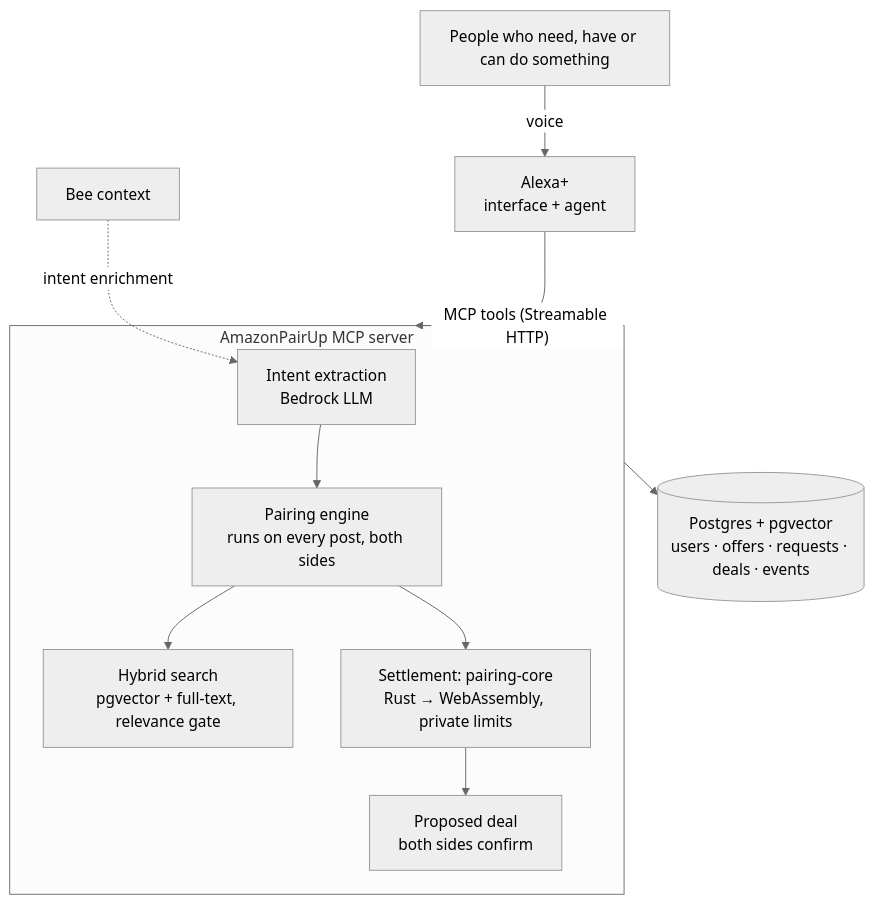
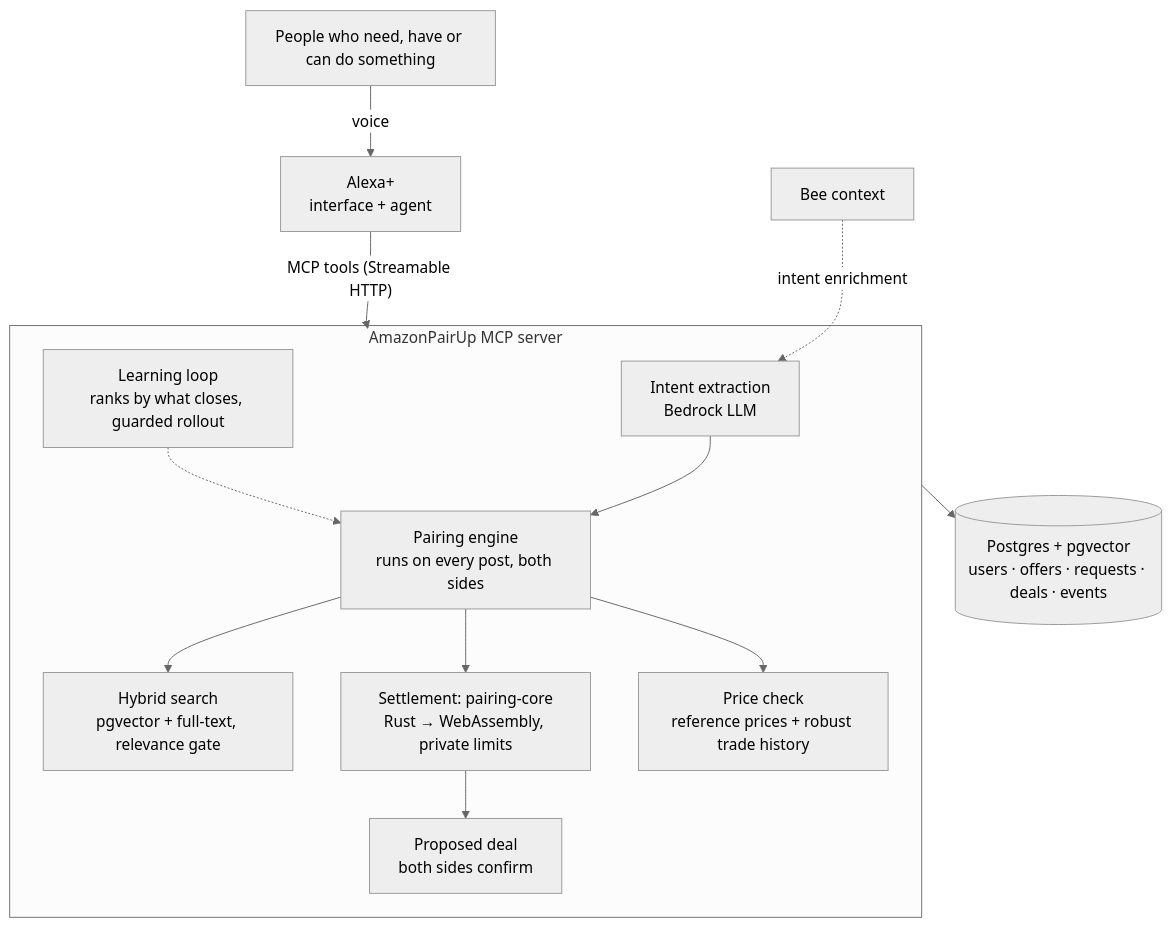
Before and after one commit to adamchoi787/amazon-pair-up: the diagram in README.md, drawn with Mermaid (neutral theme). The commit also changed other lines of this file and 39 other files, not shown here.

First line of the commit message:
Settle without leaking limits, check implausible prices, learn to pair better

````diff
--- a/README.md
+++ b/README.md
@@ -74,13 +122,15 @@
 ```mermaid
 flowchart TB
   U[People who need, have or can do something] -- voice --> A[Alexa+<br/>interface + agent]
   A -- "MCP tools (Streamable HTTP)" --> S
   subgraph S["AmazonPairUp MCP server"]
     I[Intent extraction<br/>Bedrock LLM] --> P[Pairing engine<br/>runs on every post, both sides]
     P --> H[Hybrid search<br/>pgvector + full-text, relevance gate]
     P --> N[Settlement: pairing-core<br/>Rust → WebAssembly, private limits]
+    P --> C[Price check<br/>reference prices + robust trade history]
+    L[Learning loop<br/>ranks by what closes, guarded rollout] -.-> P
     N --> D[Proposed deal<br/>both sides confirm]
   end
   S --> DB[(Postgres + pgvector<br/>users · offers · requests · deals · events)]
   B[Bee context] -. intent enrichment .-> I
 ```
````
